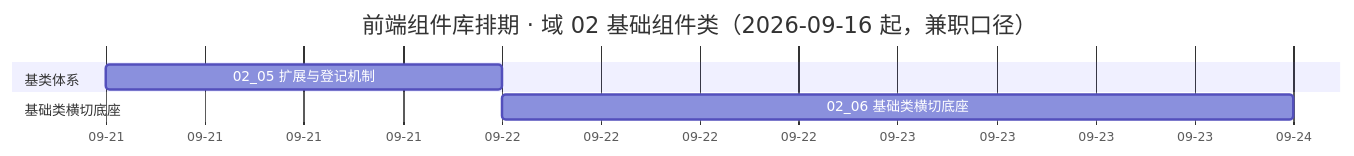
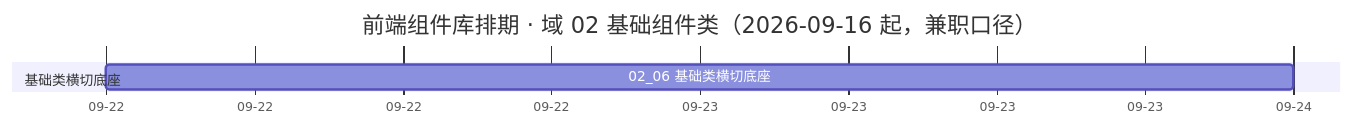
The diagram in bms文档/项目/04_前端组件库/计划/01_计划_前端组件库.md (minjian123/basic-management-system), drawn with Mermaid before and after one commit. The commit also changed other lines of this file and 14 other files, not shown here.

````diff
--- a/bms文档/项目/04_前端组件库/计划/01_计划_前端组件库.md
+++ b/bms文档/项目/04_前端组件库/计划/01_计划_前端组件库.md
@@ -64,10 +64,8 @@
 ```mermaid
 gantt
     title 前端组件库排期 · 域 02 基础组件类（2026-09-16 起，兼职口径）
     dateFormat  YYYY-MM-DD
     axisFormat %m-%d
-    section 基类体系
-    02_05 扩展与登记机制 :t0205, 2026-09-21, 1d
     section 基础类横切底座
     02_06 基础类横切底座 :t0206, 2026-09-22, 2d
 ```
````
